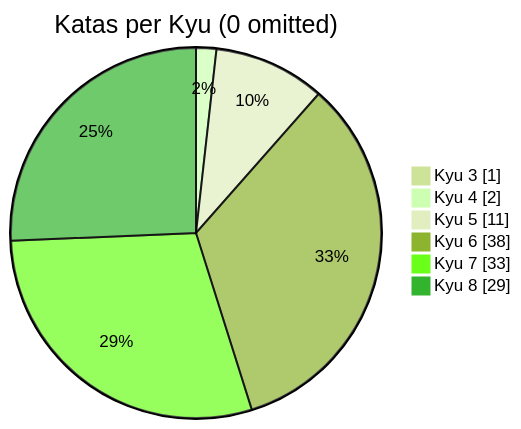
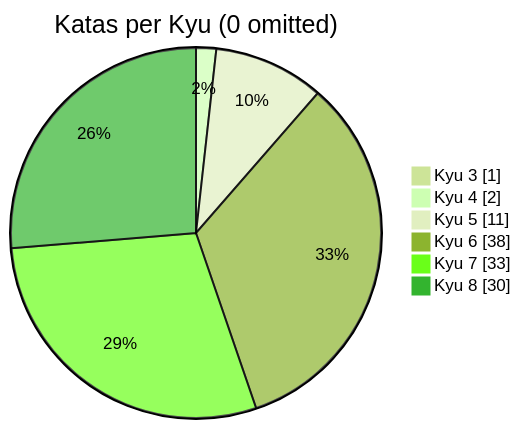
Before and after one commit to MauricioLudwig/codewars-typescript: the diagram in README.md, drawn with Mermaid (forest theme). The commit also changed other lines of this file, not shown here.

````diff
--- a/README.md
+++ b/README.md
@@ -21,10 +21,10 @@
 ```mermaid
 pie showData
     title Katas per Kyu (0 omitted)
 	"Kyu 3": 1
 	"Kyu 4": 2
 	"Kyu 5": 11
 	"Kyu 6": 38
 	"Kyu 7": 33
-	"Kyu 8": 29
+	"Kyu 8": 30
 ```
````
